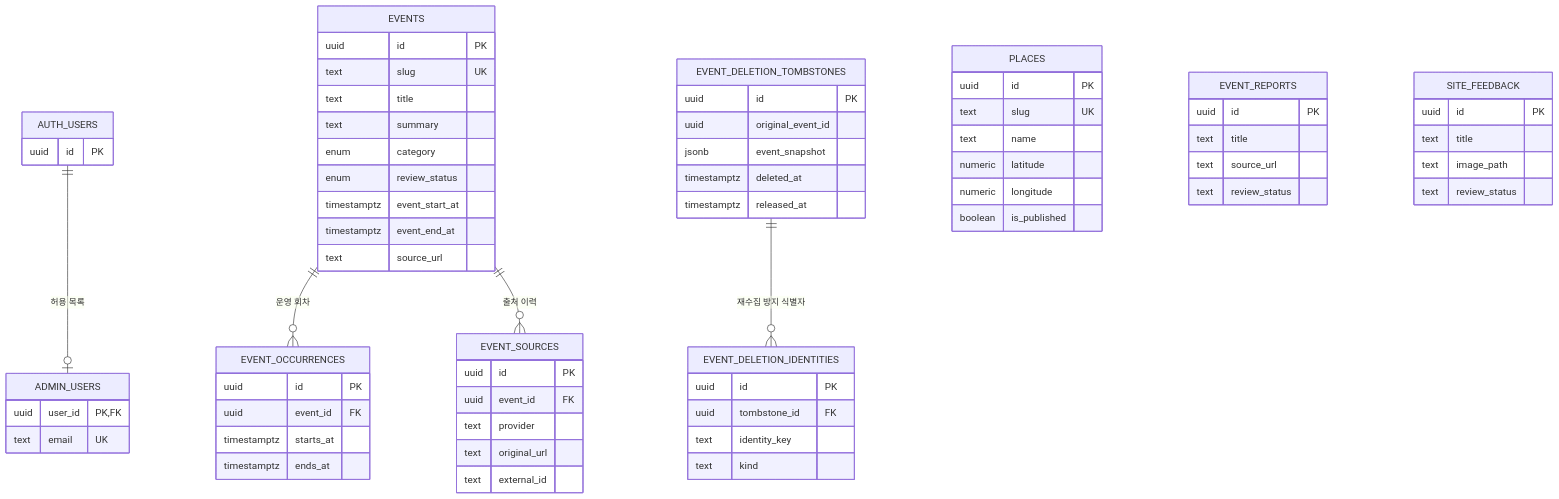
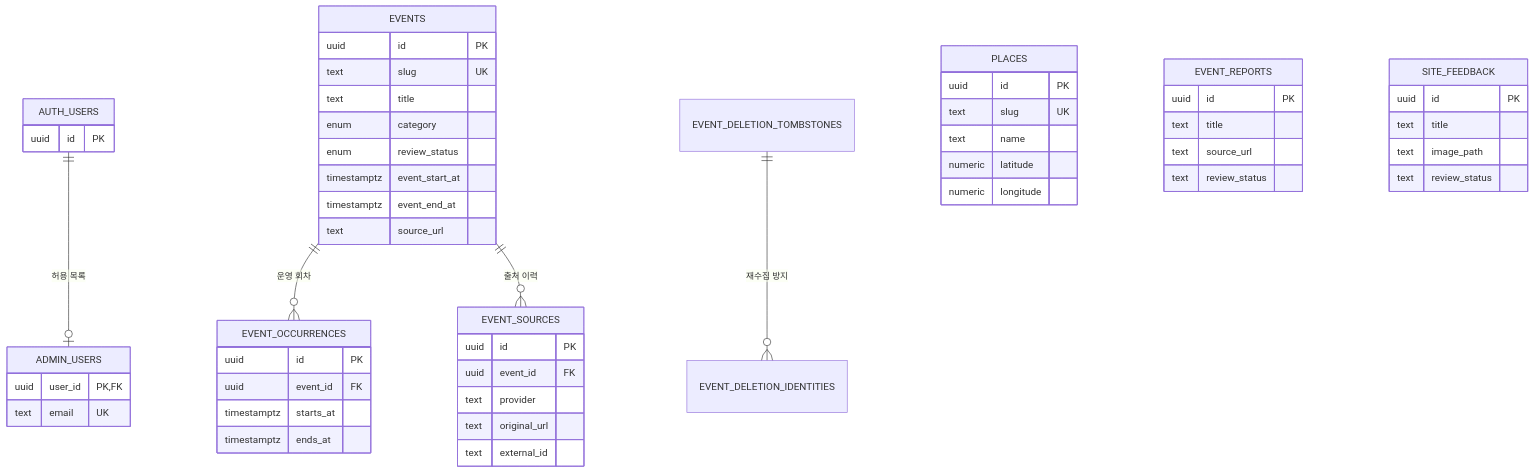
Before and after one commit to sanghee01/sokcho-moa: the third of 3 diagrams in README.md, drawn with Mermaid. The commit also changed other lines of this file and 2 other files, not shown here.

````diff
--- a/README.md
+++ b/README.md
@@ -182,72 +88,57 @@
 ```mermaid
 erDiagram
   AUTH_USERS ||--o| ADMIN_USERS : "허용 목록"
   EVENTS ||--o{ EVENT_OCCURRENCES : "운영 회차"
   EVENTS ||--o{ EVENT_SOURCES : "출처 이력"
-  EVENT_DELETION_TOMBSTONES ||--o{ EVENT_DELETION_IDENTITIES : "재수집 방지 식별자"
+  EVENT_DELETION_TOMBSTONES ||--o{ EVENT_DELETION_IDENTITIES : "재수집 방지"
 
   AUTH_USERS {
     uuid id PK
   }
   ADMIN_USERS {
     uuid user_id PK,FK
     text email UK
   }
   EVENTS {
     uuid id PK
     text slug UK
     text title
-    text summary
     enum category
     enum review_status
     timestamptz event_start_at
     timestamptz event_end_at
     text source_url
   }
   EVENT_OCCURRENCES {
     uuid id PK
     uuid event_id FK
     timestamptz starts_at
     timestamptz ends_at
   }
   EVENT_SOURCES {
     uuid id PK
     uuid event_id FK
     text provider
     text original_url
     text external_id
   }
   PLACES {
     uuid id PK
     text slug UK
     text name
     numeric latitude
     numeric longitude
-    boolean is_published
   }
   EVENT_REPORTS {
     uuid id PK
     text title
     text source_url
     text review_status
   }
   SITE_FEEDBACK {
     uuid id PK
     text title
     text image_path
     text review_status
   }
-  EVENT_DELETION_TOMBSTONES {
-    uuid id PK
-    uuid original_event_id
-    jsonb event_snapshot
-    timestamptz deleted_at
-    timestamptz released_at
-  }
-  EVENT_DELETION_IDENTITIES {
-    uuid id PK
-    uuid tombstone_id FK
-    text identity_key
-    text kind
-  }
 ```
````
